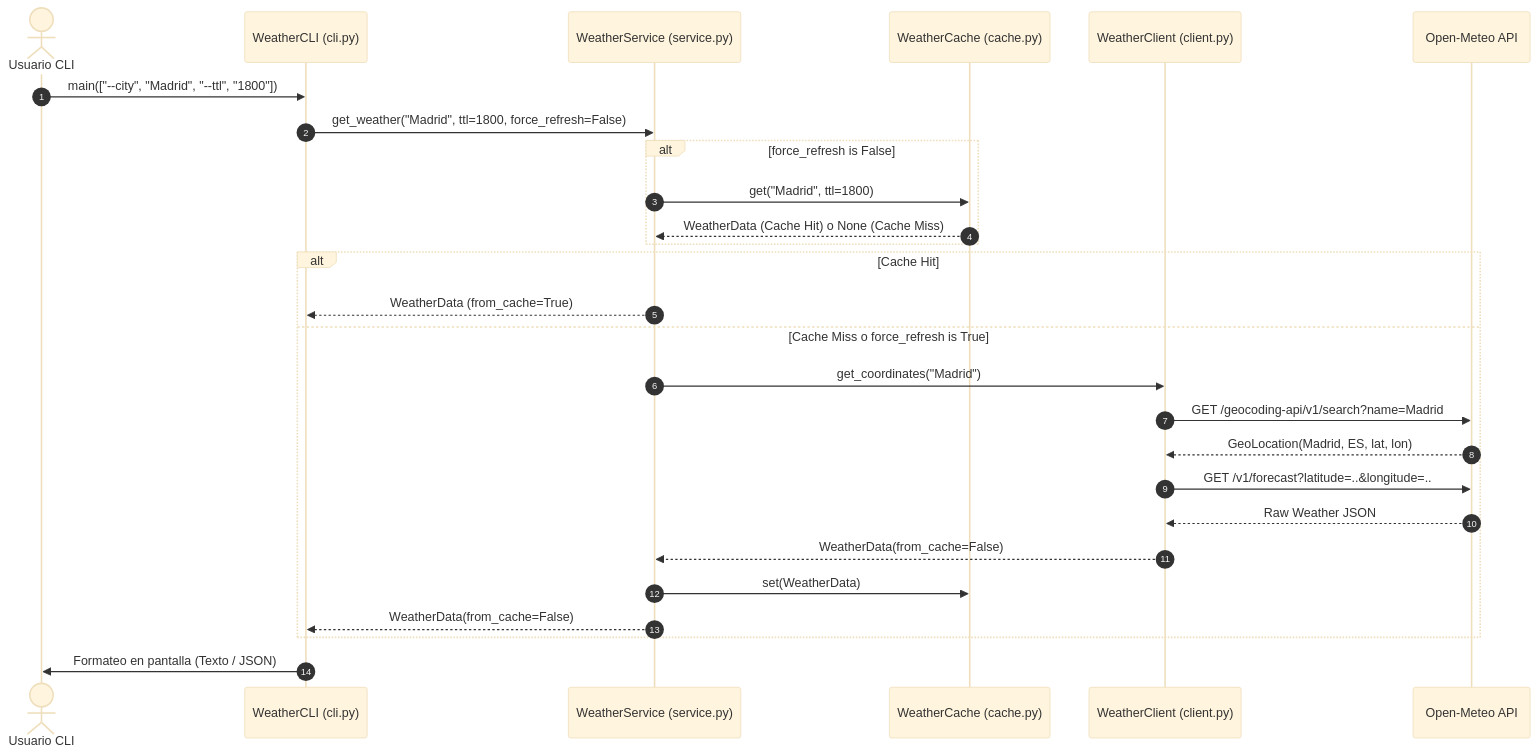
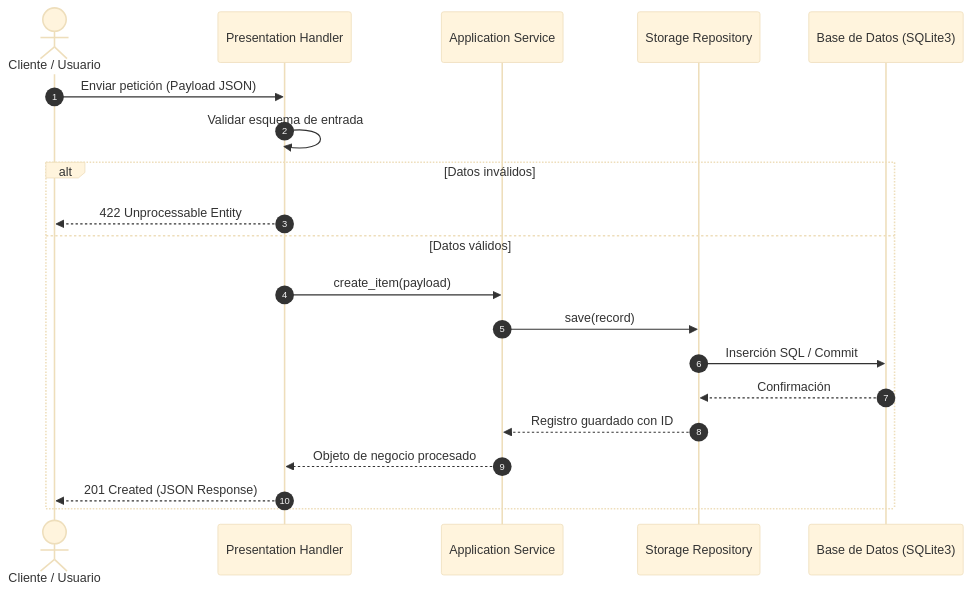
One commit to carlobeto/SoftFactory changed the second of 2 diagrams in exports/weather_tool/docs/softfactory_artifacts/02_SYSTEM_DESIGN.md. Above: the diagram before and after it, drawn with Mermaid (base theme). The commit also changed other lines of this file and 18 other files, not shown here.

````diff
--- a/exports/weather_tool/docs/softfactory_artifacts/02_SYSTEM_DESIGN.md
+++ b/exports/weather_tool/docs/softfactory_artifacts/02_SYSTEM_DESIGN.md
@@ -82,33 +53,23 @@
 ```mermaid
 sequenceDiagram
     autonumber
-    actor User as Usuario CLI
-    participant CLI as WeatherCLI (cli.py)
-    participant Svc as WeatherService (service.py)
-    participant Cache as WeatherCache (cache.py)
-    participant Client as WeatherClient (client.py)
-    participant API as Open-Meteo API
+    actor Client as Cliente / Usuario
+    participant Handler as Presentation Handler
+    participant Service as Application Service
+    participant Repo as Storage Repository
+    participant DB as Base de Datos (SQLite3)
 
-    User->>CLI: main(["--city", "Madrid", "--ttl", "1800"])
-    CLI->>Svc: get_weather("Madrid", ttl=1800, force_refresh=False)
-    
-    alt force_refresh is False
-        Svc->>Cache: get("Madrid", ttl=1800)
-        Cache-->>Svc: WeatherData (Cache Hit) o None (Cache Miss)
+    Client->>Handler: Enviar petición (Payload JSON)
+    Handler->>Handler: Validar esquema de entrada
+    alt Datos inválidos
+        Handler-->>Client: 422 Unprocessable Entity
+    else Datos válidos
+        Handler->>Service: create_item(payload)
+        Service->>Repo: save(record)
+        Repo->>DB: Inserción SQL / Commit
+        DB-->>Repo: Confirmación
+        Repo-->>Service: Registro guardado con ID
+        Service-->>Handler: Objeto de negocio procesado
+        Handler-->>Client: 201 Created (JSON Response)
     end
-
-    alt Cache Hit
-        Svc-->>CLI: WeatherData (from_cache=True)
-    else Cache Miss o force_refresh is True
-        Svc->>Client: get_coordinates("Madrid")
-        Client->>API: GET /geocoding-api/v1/search?name=Madrid
-        API-->>Client: GeoLocation(Madrid, ES, lat, lon)
-        Client->>API: GET /v1/forecast?latitude=..&longitude=..
-        API-->>Client: Raw Weather JSON
-        Client-->>Svc: WeatherData(from_cache=False)
-        Svc->>Cache: set(WeatherData)
-        Svc-->>CLI: WeatherData(from_cache=False)
-    end
-
-    CLI->>User: Formateo en pantalla (Texto / JSON)
 ```
````
